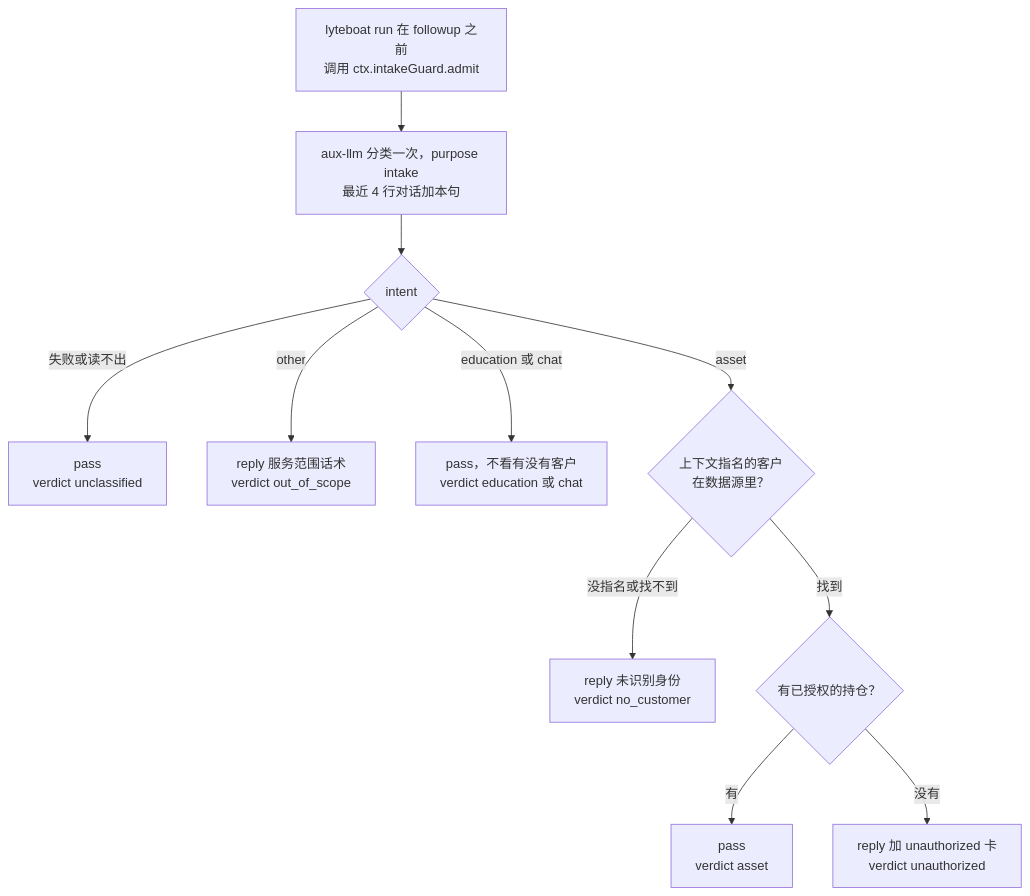
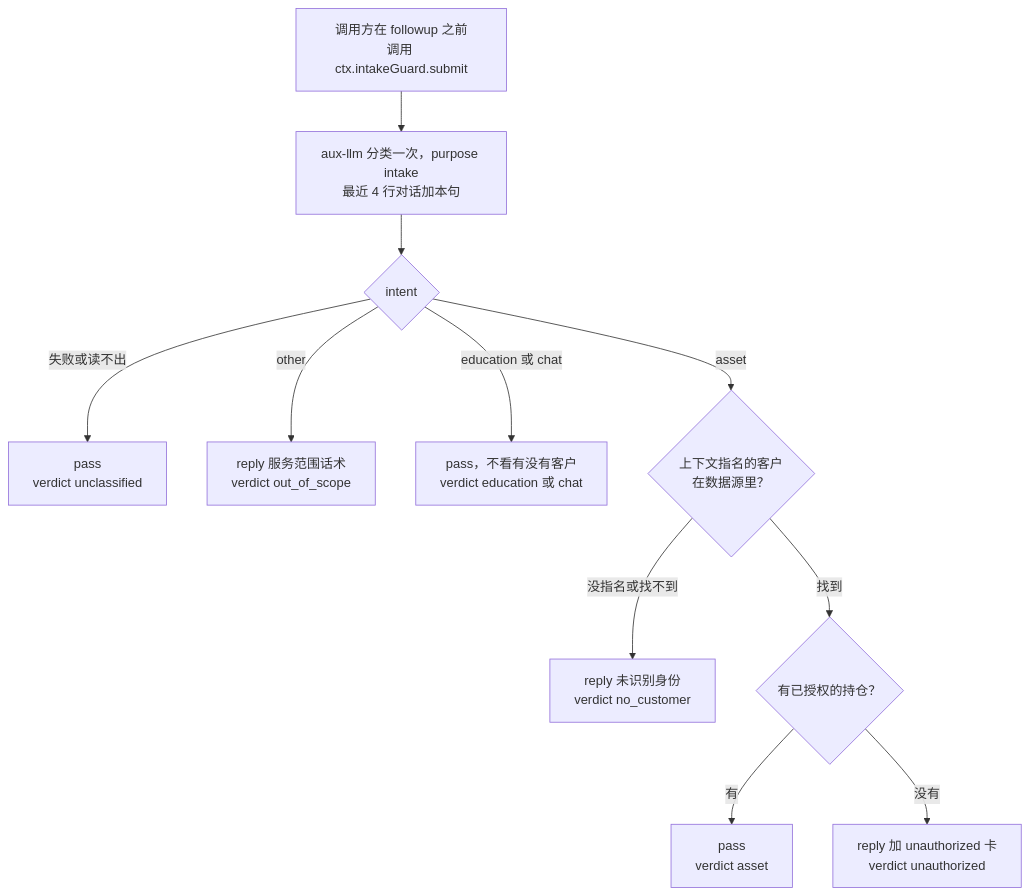
The first of 3 diagrams in docs/04-reference-alignment.md (lyteboat/boat), drawn with Mermaid before and after one commit. The commit also changed other lines of this file, not shown here.

````diff
--- a/docs/04-reference-alignment.md
+++ b/docs/04-reference-alignment.md
@@ -1033,13 +599,13 @@
 ```mermaid
 flowchart TB
-  A["lyteboat run 在 followup 之前<br/>调用 ctx.intakeGuard.admit"] --> G["aux-llm 分类一次，purpose intake<br/>最近 4 行对话加本句"]
+  A["调用方在 followup 之前<br/>调用 ctx.intakeGuard.submit"] --> G["aux-llm 分类一次，purpose intake<br/>最近 4 行对话加本句"]
   G --> I{"intent"}
   I -->|"失败或读不出"| P1["pass<br/>verdict unclassified"]
   I -->|"other"| O["reply 服务范围话术<br/>verdict out_of_scope"]
   I -->|"education 或 chat"| P2["pass，不看有没有客户<br/>verdict education 或 chat"]
   I -->|"asset"| B{"上下文指名的客户<br/>在数据源里？"}
   B -->|"没指名或找不到"| N["reply 未识别身份<br/>verdict no_customer"]
   B -->|"找到"| U{"有已授权的持仓？"}
   U -->|"有"| P3["pass<br/>verdict asset"]
   U -->|"没有"| R["reply 加 unauthorized 卡<br/>verdict unauthorized"]
 ```
````
